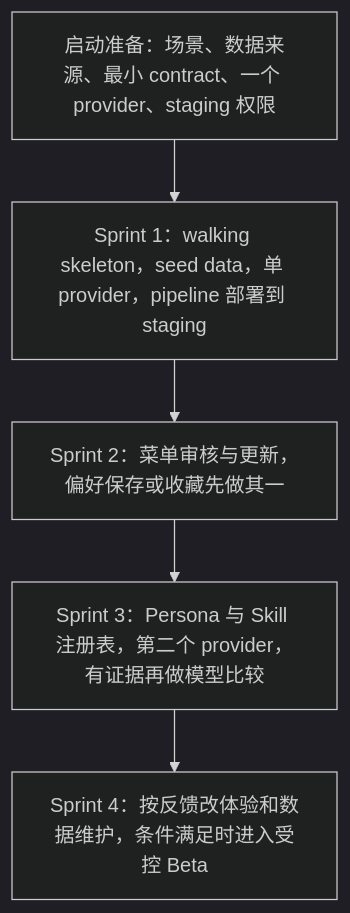
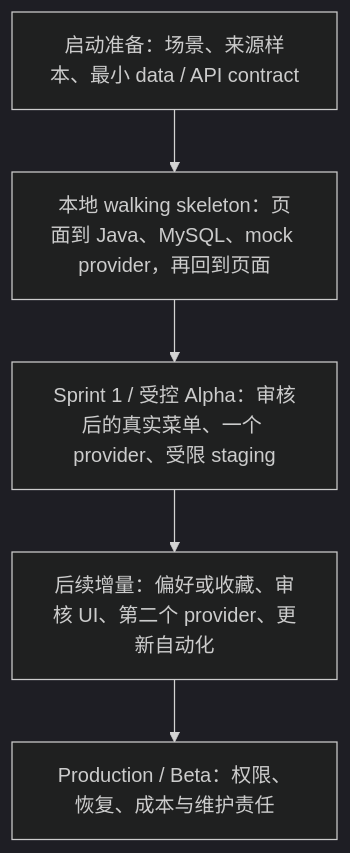
The first of 2 diagrams in README.md (kurin0u0/Large-Lunch-Model), drawn with Mermaid (dark theme) before and after one commit. The commit also changed other lines of this file and 5 other files, not shown here.

Commit message:
docs: define data, AWS, and local development contracts-Astra

````diff
--- a/README.md
+++ b/README.md
@@ -29,9 +35,9 @@
 ```mermaid
 flowchart TD
-  prep["启动准备：场景、数据来源、最小 contract、一个 provider、staging 权限"]
-  s1["Sprint 1：walking skeleton，seed data，单 provider，pipeline 部署到 staging"]
-  s2["Sprint 2：菜单审核与更新，偏好保存或收藏先做其一"]
-  s3["Sprint 3：Persona 与 Skill 注册表，第二个 provider，有证据再做模型比较"]
-  s4["Sprint 4：按反馈改体验和数据维护，条件满足时进入受控 Beta"]
-  prep --> s1 --> s2 --> s3 --> s4
+    prep["启动准备：场景、来源样本、最小 data / API contract"]
+    local["本地 walking skeleton：页面到 Java、MySQL、mock provider，再回到页面"]
+    alpha["Sprint 1 / 受控 Alpha：审核后的真实菜单、一个 provider、受限 staging"]
+    later["后续增量：偏好或收藏、审核 UI、第二个 provider、更新自动化"]
+    prod["Production / Beta：权限、恢复、成本与维护责任"]
+    prep --> local --> alpha --> later --> prod
 ```
````
